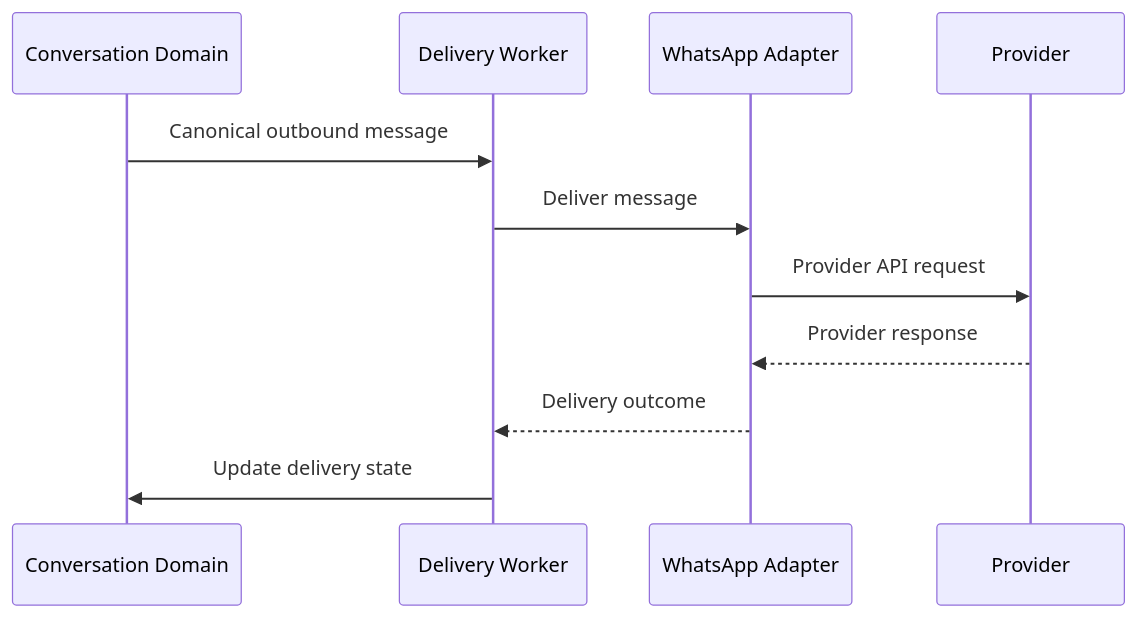
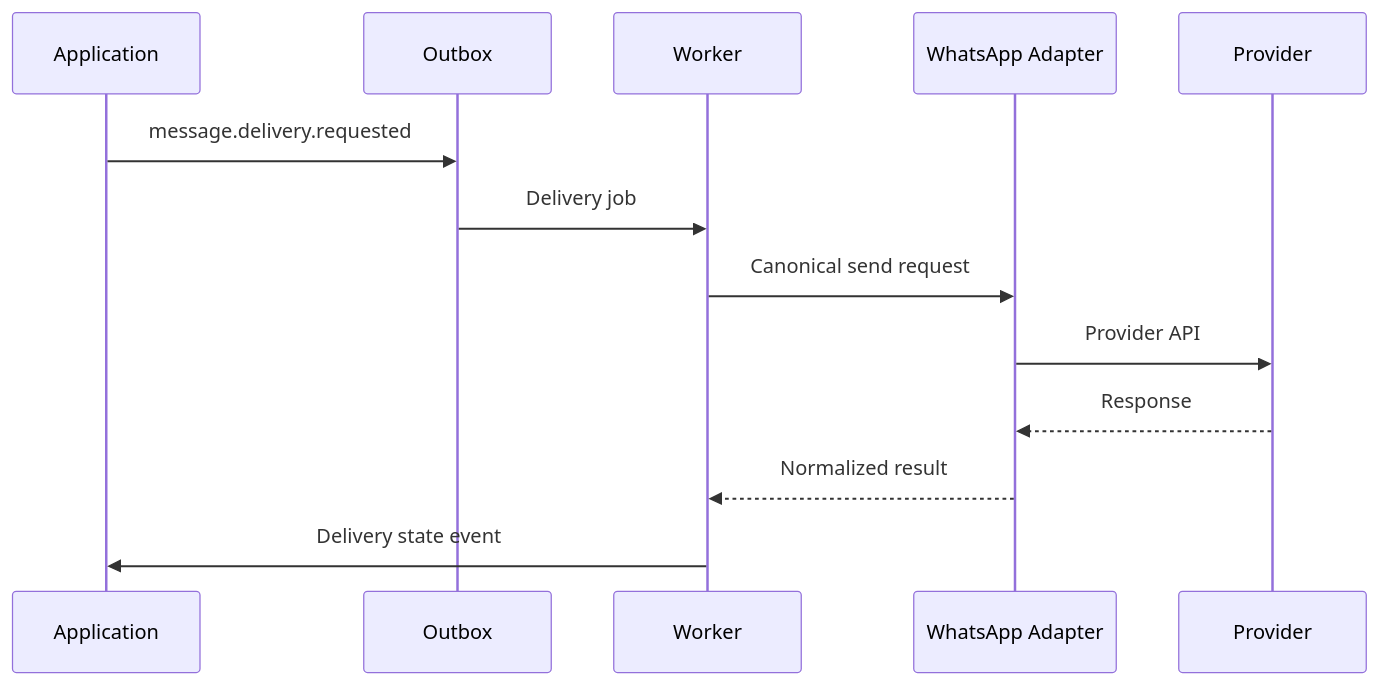
One commit to D-engahmed/OMILINKS changed the second of 2 diagrams in docs/integrations/whatsapp.md. Above: the diagram before and after it, drawn with Mermaid. The commit also changed other lines of this file and 2 other files, not shown here.

Commit message:
docs: deepen whatsapp instagram and facebook adapter contracts

```diff
--- a/docs/integrations/whatsapp.md
+++ b/docs/integrations/whatsapp.md
@@ -92,13 +80,15 @@
 ~~~mermaid
 sequenceDiagram
-    participant C as Conversation Domain
-    participant Q as Delivery Worker
-    participant A as WhatsApp Adapter
-    participant P as Provider
-    C->>Q: Canonical outbound message
-    Q->>A: Deliver message
-    A->>P: Provider API request
-    P-->>A: Provider response
-    A-->>Q: Delivery outcome
-    Q->>C: Update delivery state
+participant APP as Application
+participant OUT as Outbox
+participant W as Worker
+participant A as WhatsApp Adapter
+participant P as Provider
+APP->>OUT: message.delivery.requested
+OUT->>W: Delivery job
+W->>A: Canonical send request
+A->>P: Provider API
+P-->>A: Response
+A-->>W: Normalized result
+W->>APP: Delivery state event
 ~~~
```
